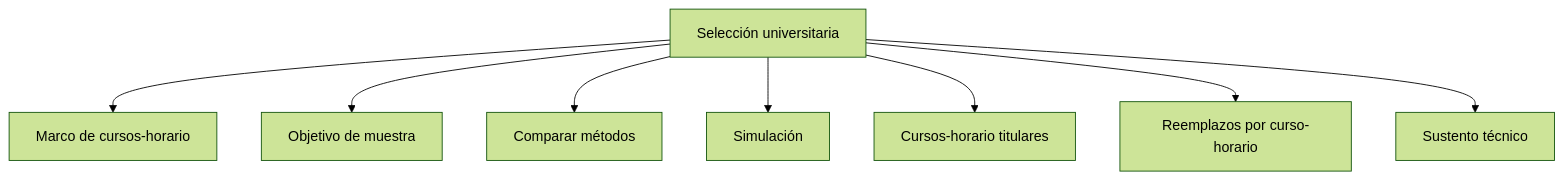
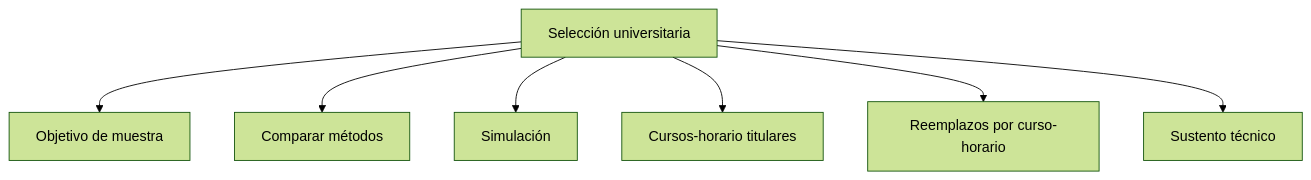
The diagram in Obsidian_Prosecnur/Prosecnur/Módulos/05 Calculador de muestras/Modos/01 Muestra de cursos-horario/Secciones/04 Selección/Selección.md (GonzaloAlmendariz/prosecnur-app), drawn with Mermaid (forest theme) before and after one commit. The commit also changed other lines of this file and 27 other files, not shown here.

Commit message:
fix(calculo-muestra): retira el marco duplicado de selección

````diff
--- a/Obsidian_Prosecnur/Prosecnur/Módulos/05 Calculador de muestras/Modos/01 Muestra de cursos-horario/Secciones/04 Selección/Selección.md
+++ b/Obsidian_Prosecnur/Prosecnur/Módulos/05 Calculador de muestras/Modos/01 Muestra de cursos-horario/Secciones/04 Selección/Selección.md
@@ -28,11 +28,10 @@
 ```mermaid
 flowchart TD
     N["Selección universitaria"]
-    N --> C1["Marco de cursos-horario"]
-    N --> C2["Objetivo de muestra"]
-    N --> C3["Comparar métodos"]
-    N --> C4["Simulación"]
-    N --> C5["Cursos-horario titulares"]
-    N --> C6["Reemplazos por curso-horario"]
-    N --> C7["Sustento técnico"]
+    N --> C1["Objetivo de muestra"]
+    N --> C2["Comparar métodos"]
+    N --> C3["Simulación"]
+    N --> C4["Cursos-horario titulares"]
+    N --> C5["Reemplazos por curso-horario"]
+    N --> C6["Sustento técnico"]
 ```
````
